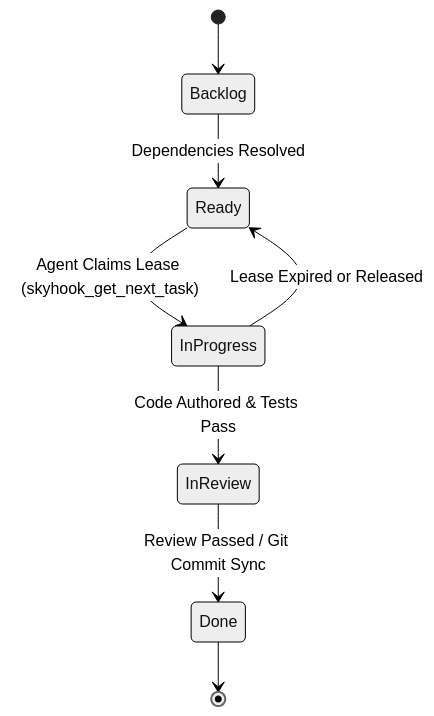
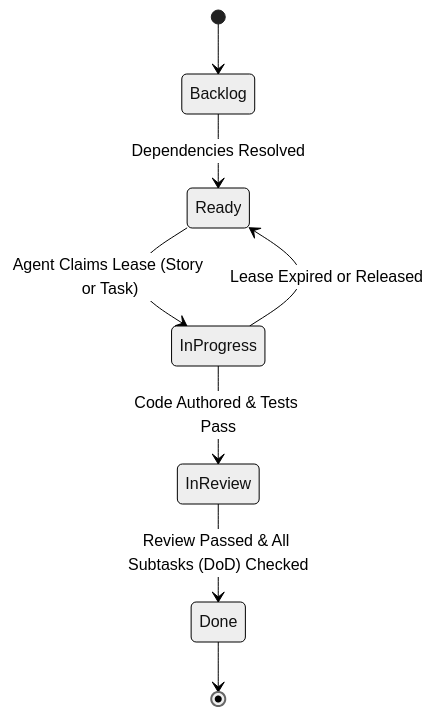
One commit to asadayoub/skyhook changed the third of 5 diagrams in skyhook/docs/ARCHITECTURE.md. Above: the diagram before and after it, drawn with Mermaid (neutral theme). The commit also changed other lines of this file and 22 other files, not shown here.

First line of the commit message:
feat(backlog): fine-grained task & subtask hierarchy and two-tier multi-agent leasing system

````diff
--- a/skyhook/docs/ARCHITECTURE.md
+++ b/skyhook/docs/ARCHITECTURE.md
@@ -115,10 +127,10 @@
 ```mermaid
 stateDiagram-v2
     [*] --> Backlog
     Backlog --> Ready: Dependencies Resolved
-    Ready --> InProgress: Agent Claims Lease (skyhook_get_next_task)
+    Ready --> InProgress: Agent Claims Lease (Story or Task)
     InProgress --> InReview: Code Authored & Tests Pass
-    InReview --> Done: Review Passed / Git Commit Sync
+    InReview --> Done: Review Passed & All Subtasks (DoD) Checked
     InProgress --> Ready: Lease Expired or Released
     Done --> [*]
 ```
````
